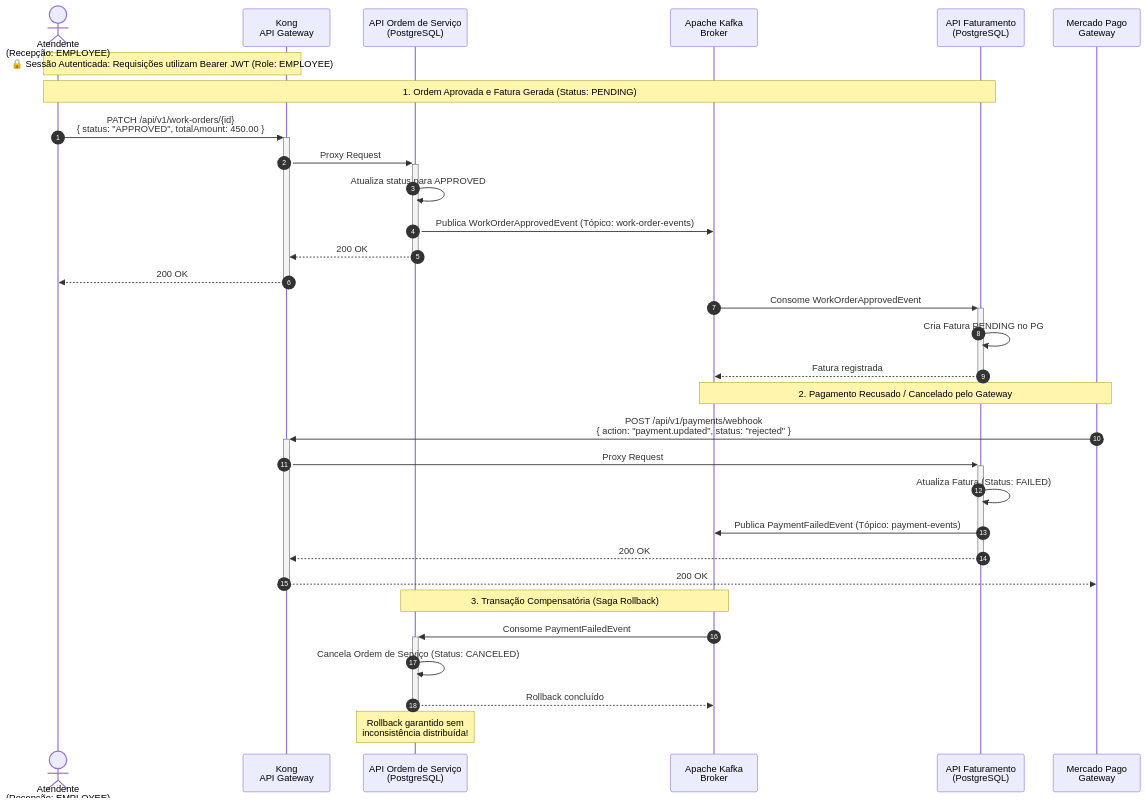
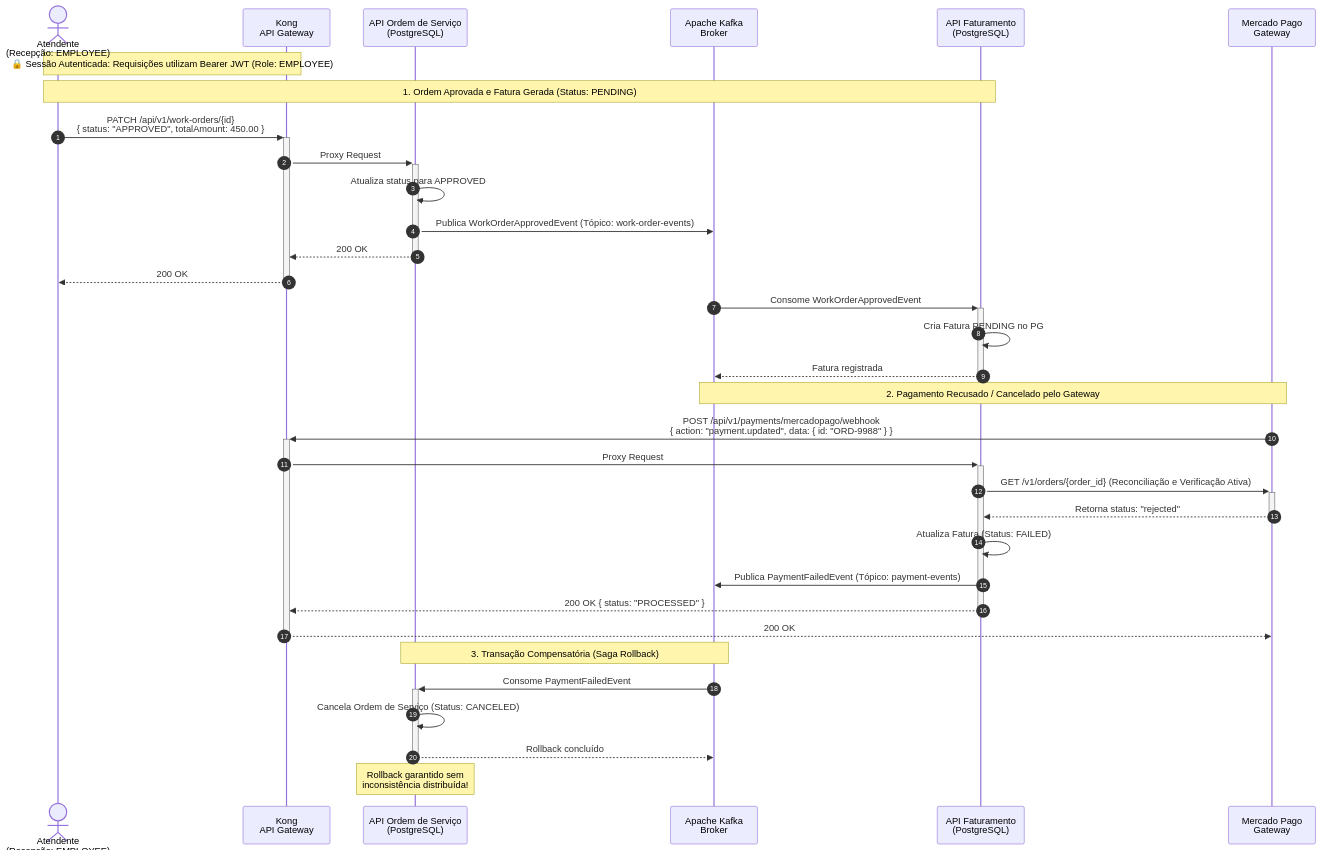
One commit to rodsordi/15soat-phase4-e2e changed the diagram in src/test/resources/features/saga/compensating_saga_rollback.md. Above: the diagram before and after it, drawn with Mermaid. The commit also changed 7 other files, not shown here.

````diff
--- a/src/test/resources/features/saga/compensating_saga_rollback.md
+++ b/src/test/resources/features/saga/compensating_saga_rollback.md
@@ -16,37 +16,39 @@
 ```mermaid
 sequenceDiagram
     autonumber
     actor Atendente as Atendente<br/>(Recepção: EMPLOYEE)
     participant Kong as Kong<br/>API Gateway
     participant OS as API Ordem de Serviço<br/>(PostgreSQL)
     participant Kafka as Apache Kafka<br/>Broker
     participant Billing as API Faturamento<br/>(PostgreSQL)
     participant MP as Mercado Pago<br/>Gateway
 
     Note over Atendente,Kong: 🔒 Sessão Autenticada: Requisições utilizam Bearer JWT (Role: EMPLOYEE)
 
     Note over Atendente,Billing: 1. Ordem Aprovada e Fatura Gerada (Status: PENDING)
     Atendente->>+Kong: PATCH /api/v1/work-orders/{id}<br/>{ status: "APPROVED", totalAmount: 450.00 }
     Kong->>+OS: Proxy Request
     OS->>OS: Atualiza status para APPROVED
     OS->>Kafka: Publica WorkOrderApprovedEvent (Tópico: work-order-events)
     OS-->>-Kong: 200 OK
     Kong-->>-Atendente: 200 OK
     Kafka->>+Billing: Consome WorkOrderApprovedEvent
     Billing->>Billing: Cria Fatura PENDING no PG
     Billing-->>-Kafka: Fatura registrada
 
     Note over MP,Kafka: 2. Pagamento Recusado / Cancelado pelo Gateway
-    MP->>+Kong: POST /api/v1/payments/webhook<br/>{ action: "payment.updated", status: "rejected" }
+    MP->>+Kong: POST /api/v1/payments/mercadopago/webhook<br/>{ action: "payment.updated", data: { id: "ORD-9988" } }
     Kong->>+Billing: Proxy Request
+    Billing->>+MP: GET /v1/orders/{order_id} (Reconciliação e Verificação Ativa)
+    MP-->>-Billing: Retorna status: "rejected"
     Billing->>Billing: Atualiza Fatura (Status: FAILED)
     Billing->>Kafka: Publica PaymentFailedEvent (Tópico: payment-events)
-    Billing-->>-Kong: 200 OK
+    Billing-->>-Kong: 200 OK { status: "PROCESSED" }
     Kong-->>-MP: 200 OK
 
     Note over Kafka,OS: 3. Transação Compensatória (Saga Rollback)
     Kafka->>+OS: Consome PaymentFailedEvent
     OS->>OS: Cancela Ordem de Serviço (Status: CANCELED)
     OS-->>-Kafka: Rollback concluído
     Note over OS: Rollback garantido sem<br/>inconsistência distribuída!
 ```
````
